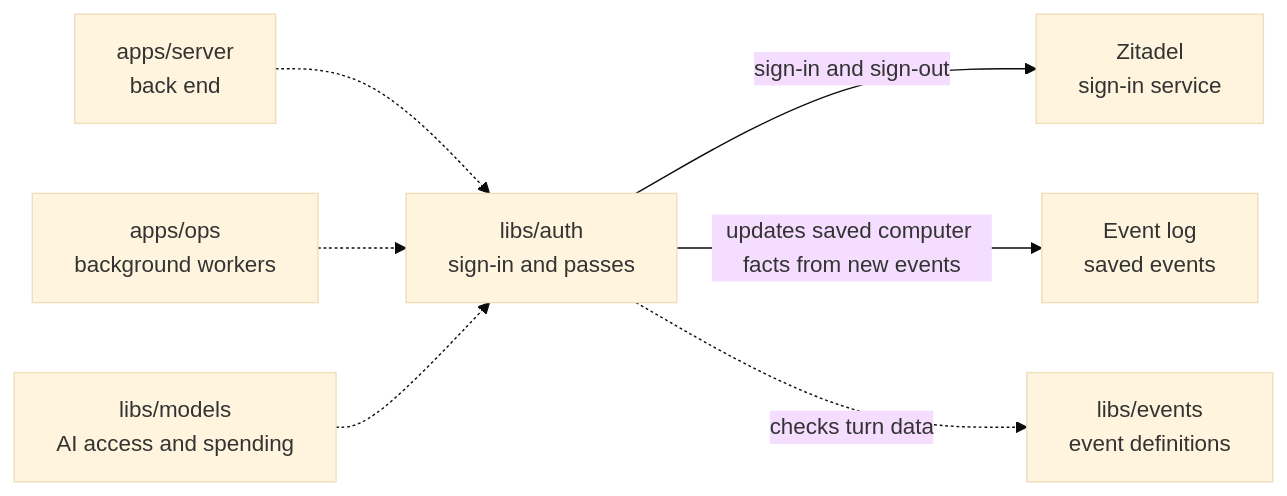
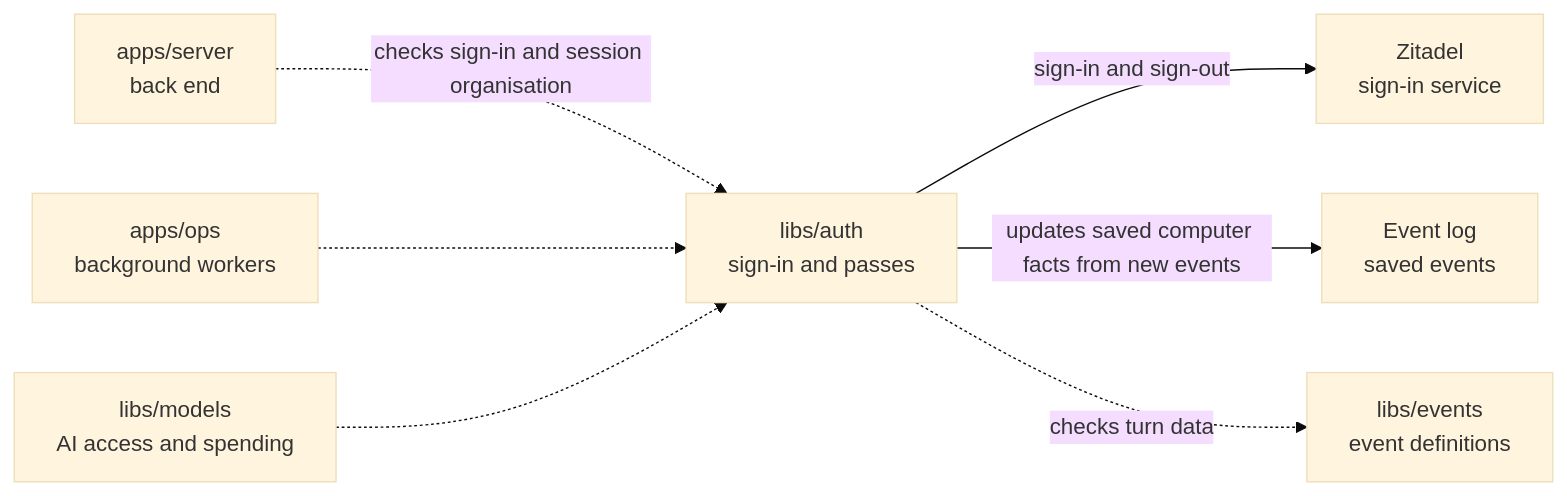
The diagram in libs/auth/README.md (elewa-git/opencrane-new), drawn with Mermaid (base theme) before and after one commit. The commit also changed other lines of this file and 17 other files, not shown here.

Commit message:
🔒 Refuse production identity exceptions and share session checks

````diff
--- a/libs/auth/README.md
+++ b/libs/auth/README.md
@@ -11,9 +11,9 @@
 ```mermaid
 flowchart LR
-  server["apps/server<br/>back end"] -.-> auth["libs/auth<br/>sign-in and passes"]
+  server["apps/server<br/>back end"] -.->|checks sign-in and session organisation| auth["libs/auth<br/>sign-in and passes"]
   ops["apps/ops<br/>background workers"] -.-> auth
   models["libs/models<br/>AI access and spending"] -.-> auth
   auth -->|sign-in and sign-out| zitadel["Zitadel<br/>sign-in service"]
   auth -->|updates saved computer facts from new events| events["Event log<br/>saved events"]
   auth -.->|checks turn data| catalogue["libs/events<br/>event definitions"]
 ```
````
